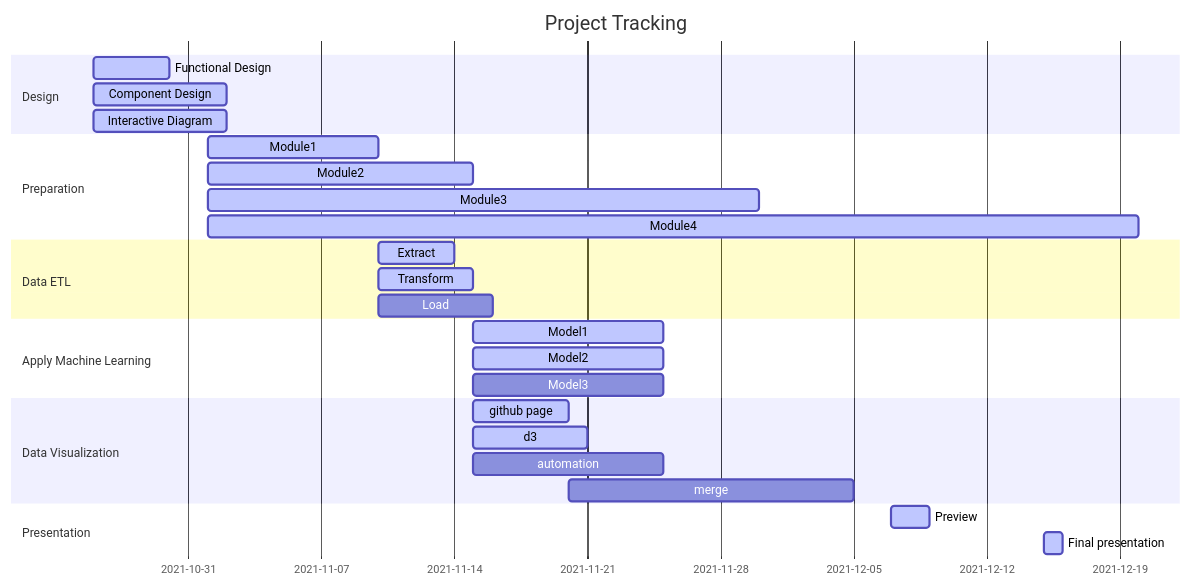
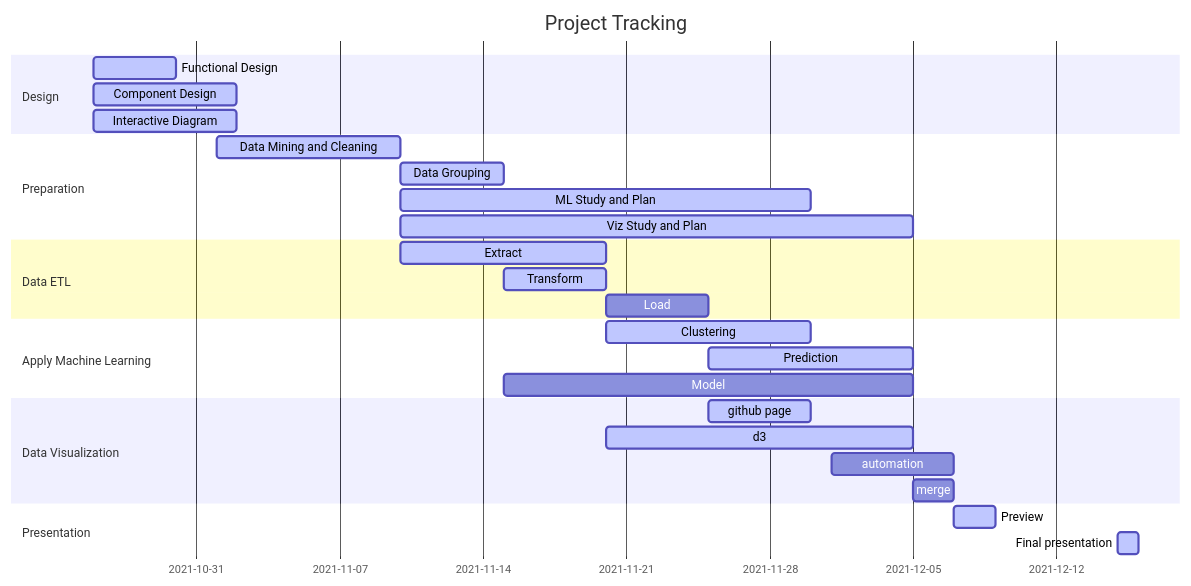
The diagram in doc/ProjectTracking.md (YoutubeTrendingPrediction/YoutubeTrendingPrediction), drawn with Mermaid before and after one commit.

Commit message:
Updated ProjectTracking on 11.4

````diff
--- a/doc/ProjectTracking.md
+++ b/doc/ProjectTracking.md
@@ -3,33 +3,33 @@
 ```mermaid
 gantt
         dateFormat  YYYY-MM-DD
         title Project Tracking
         section Design
         Functional Design            :active,  des1, 2021-10-26,2021-10-30
         Component Design             :active,  des2, 2021-10-26, 7d
         Interactive Diagram          :active,  des3, 2021-10-26, 7d
         section Preparation
-        Module1            :active,         des1, 2021-11-01,2021-11-10
-        Module2            :active,  		    des2, 2021-11-01,2021-11-15
-        Module3            :active,         des3, 2021-11-01,2021-11-30
-        Module4            :active,         des4, 2021-11-01,2021-12-20
+        Data Mining and Cleaning        :active,         des1, 2021-11-01,2021-11-10
+        Data Grouping                   :active,  		des2, 2021-11-10,2021-11-15
+        ML Study and Plan               :active,         des3, 2021-11-10,2021-11-30
+        Viz Study and Plan              :active,         des4, 2021-11-10,2021-12-05
         section Data ETL
-        Extract            :active,         des1, 2021-11-10,2021-11-14
-        Transform          :active,  				des2, 2021-11-10,2021-11-15
-        Load               :active          des3, 2021-11-10,2021-11-16
+        Extract            :active,         des1, 2021-11-10,2021-11-20
+        Transform          :active,  				des2, 2021-11-15,2021-11-20
+        Load               :active          des3, 2021-11-20,2021-11-25
         section Apply Machine Learning
-        Model1             :active,    			des1, 2021-11-15,2021-11-25
-        Model2             :active,  				des2, 2021-11-15,2021-11-25
-        Model3             :         				des3, 2021-11-15,2021-11-25
+        Clustering         :active,    			des1, 2021-11-20,2021-11-30
+        Prediction         :active,  				des2, 2021-11-25,2021-12-05
+        Model              :         				des3, 2021-11-15,2021-12-05
         section Data Visualization
-        github page        :active,    			des1, 2021-11-15,2021-11-20
-        d3              	 :active,  				des2, 2021-11-15,2021-11-21
-        automation         :         				des3, 2021-11-15,2021-11-25
-        merge              :         				des4, 2021-11-20,2021-12-05
+        github page        :active,    			des1, 2021-11-25,2021-11-30
+        d3              	 :active,  				des2, 2021-11-20,2021-12-05
+        automation         :         				des3, 2021-12-01,2021-12-07
+        merge              :         				des4, 2021-12-05,2021-12-07
         section Presentation
         Preview							:active, 				des1, 2021-12-07,2021-12-09
         Final presentation	:active, 				des2, 2021-12-15,2021-12-16
         
        
 
 ```
````
